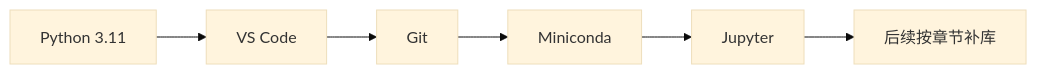
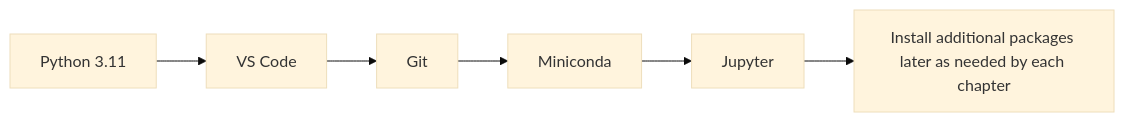
One commit to oudbiao/AI-fullstack-course changed the diagram in docs/intro/environment-setup.md. Above: the diagram before and after it, drawn with Mermaid (base theme). The commit also changed other lines of this file and 1406 other files, not shown here.

````diff
--- a/docs/intro/environment-setup.md
+++ b/docs/intro/environment-setup.md
@@ -17,8 +17,8 @@
 ```mermaid
 flowchart LR
   A["Python 3.11"] --> B["VS Code"]
   B --> C["Git"]
   C --> D["Miniconda"]
   D --> E["Jupyter"]
-  E --> F["后续按章节补库"]
+  E --> F["Install additional packages later as needed by each chapter"]
 ```
````
